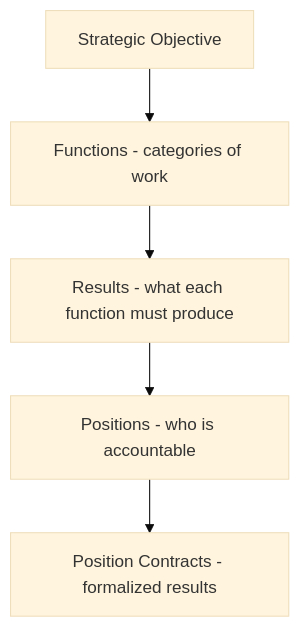
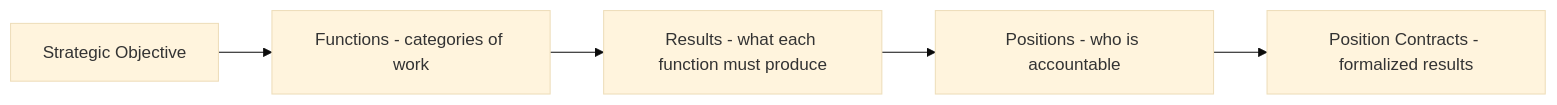
The first of 3 diagrams in global/position-build-process.md (MariusWilsch/public-wilsch-ai-pages), drawn with Mermaid (base theme) before and after one commit.

Commit message:
Sync from hippocampus 2026-02-07

````diff
--- a/global/position-build-process.md
+++ b/global/position-build-process.md
@@ -19,7 +19,7 @@
 ```mermaid
-flowchart TD
+flowchart LR
     SO[Strategic Objective] --> F[Functions - categories of work]
     F --> R[Results - what each function must produce]
     R --> P[Positions - who is accountable]
     P --> C[Position Contracts - formalized results]
 ```
````
